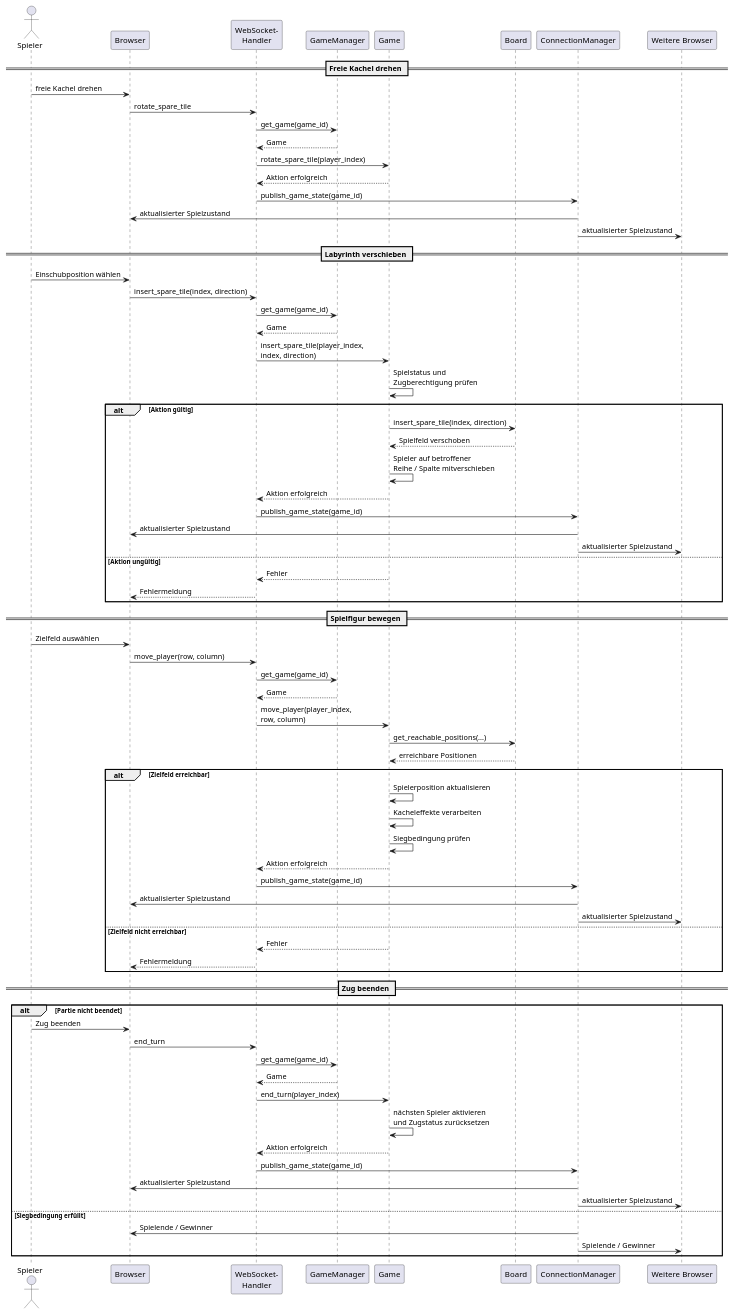
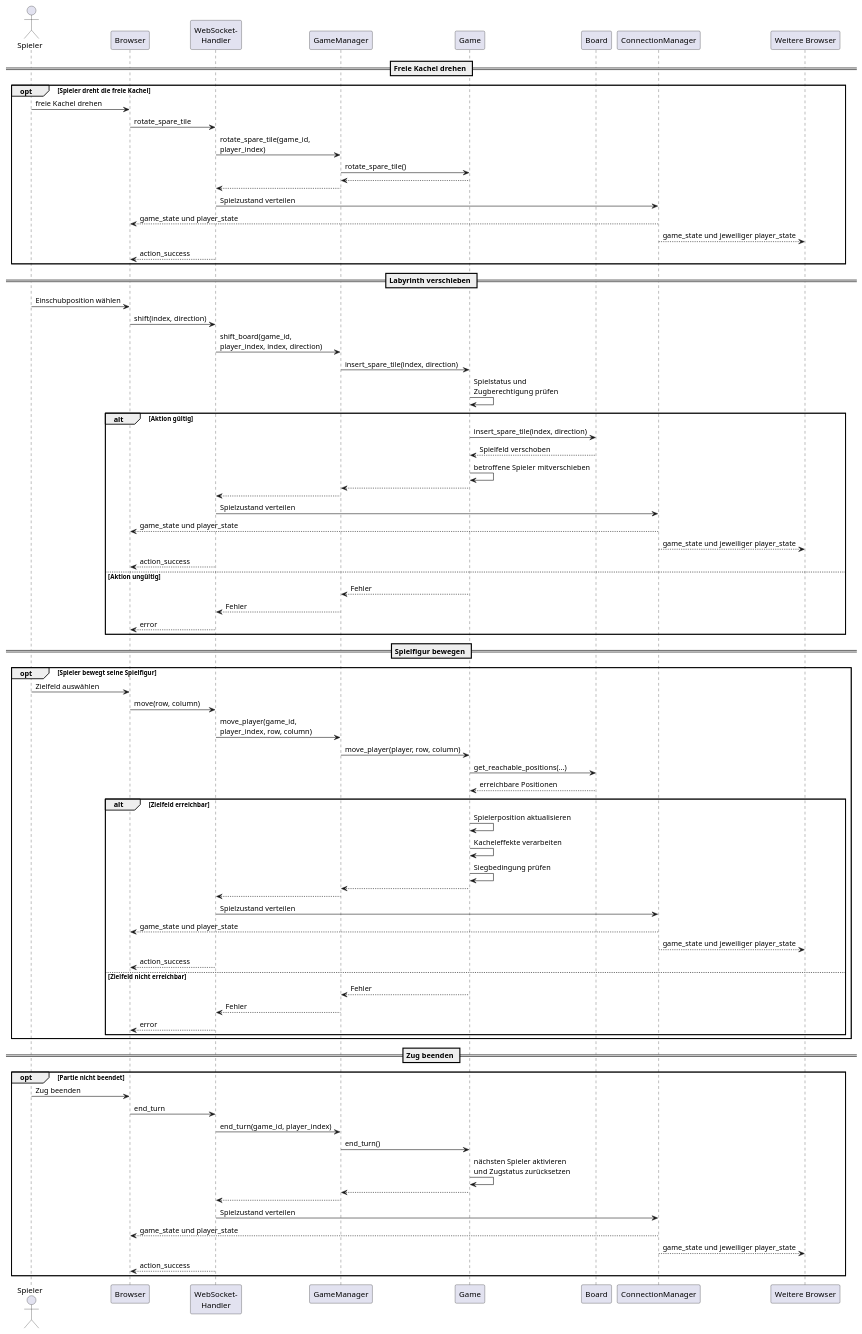
One commit to mysticmazejk/Mystic_Maze changed the diagram in docs/phase 2/diagramms/sequence_diagramm.puml. Above: the diagram before and after it, drawn with PlantUML. The commit also changed 59 other files, not shown here.

```diff
--- a/docs/phase 2/diagramms/sequence_diagramm.puml
+++ b/docs/phase 2/diagramms/sequence_diagramm.puml
@@ -1,107 +2,112 @@
 @startuml
 
 actor Spieler
 
 participant "Browser" as Browser
 participant "WebSocket-\nHandler" as WS
 participant "GameManager" as Manager
 participant "Game" as Game
 participant "Board" as Board
 participant "ConnectionManager" as Connections
 participant "Weitere Browser" as Others
 
 == Freie Kachel drehen ==
 
-Spieler -> Browser : freie Kachel drehen
-Browser -> WS : rotate_spare_tile
+opt Spieler dreht die freie Kachel
+    Spieler -> Browser : freie Kachel drehen
+    Browser -> WS : rotate_spare_tile
 
-WS -> Manager : get_game(game_id)
-Manager --> WS : Game
+    WS -> Manager : rotate_spare_tile(game_id,\nplayer_index)
+    Manager -> Game : rotate_spare_tile()
+    Game --> Manager
+    Manager --> WS
 
-WS -> Game : rotate_spare_tile(player_index)
-Game --> WS : Aktion erfolgreich
-
-WS -> Connections : publish_game_state(game_id)
-Connections -> Browser : aktualisierter Spielzustand
-Connections -> Others : aktualisierter Spielzustand
+    WS -> Connections : Spielzustand verteilen
+    Connections --> Browser : game_state und player_state
+    Connections --> Others : game_state und jeweiliger player_state
+    WS --> Browser : action_success
+end
 
 == Labyrinth verschieben ==
 
 Spieler -> Browser : Einschubposition wählen
-Browser -> WS : insert_spare_tile(index, direction)
+Browser -> WS : shift(index, direction)
 
-WS -> Manager : get_game(game_id)
-Manager --> WS : Game
-
-WS -> Game : insert_spare_tile(player_index,\nindex, direction)
+WS -> Manager : shift_board(game_id,\nplayer_index, index, direction)
+Manager -> Game : insert_spare_tile(index, direction)
 
 Game -> Game : Spielstatus und\nZugberechtigung prüfen
 
 alt Aktion gültig
     Game -> Board : insert_spare_tile(index, direction)
     Board --> Game : Spielfeld verschoben
 
-    Game -> Game : Spieler auf betroffener\nReihe / Spalte mitverschieben
+    Game -> Game : betroffene Spieler mitverschieben
 
-    Game --> WS : Aktion erfolgreich
+    Game --> Manager
+    Manager --> WS
 
-    WS -> Connections : publish_game_state(game_id)
-    Connections -> Browser : aktualisierter Spielzustand
-    Connections -> Others : aktualisierter Spielzustand
+    WS -> Connections : Spielzustand verteilen
+    Connections --> Browser : game_state und player_state
+    Connections --> Others : game_state und jeweiliger player_state
+    WS --> Browser : action_success
+
 else Aktion ungültig
-    Game --> WS : Fehler
-    WS --> Browser : Fehlermeldung
+    Game --> Manager : Fehler
+    Manager --> WS : Fehler
+    WS --> Browser : error
 end
 
 == Spielfigur bewegen ==
 
-Spieler -> Browser : Zielfeld auswählen
-Browser -> WS : move_player(row, column)
+opt Spieler bewegt seine Spielfigur
+    Spieler -> Browser : Zielfeld auswählen
+    Browser -> WS : move(row, column)
 
-WS -> Manager : get_game(game_id)
-Manager --> WS : Game
+    WS -> Manager : move_player(game_id,\nplayer_index, row, column)
+    Manager -> Game : move_player(player, row, column)
 
-WS -> Game : move_player(player_index,\nrow, column)
+    Game -> Board : get_reachable_positions(...)
+    Board --> Game : erreichbare Positionen
 
-Game -> Board : get_reachable_positions(...)
-Board --> Game : erreichbare Positionen
+    alt Zielfeld erreichbar
+        Game -> Game : Spielerposition aktualisieren
+        Game -> Game : Kacheleffekte verarbeiten
+        Game -> Game : Siegbedingung prüfen
 
-alt Zielfeld erreichbar
-    Game -> Game : Spielerposition aktualisieren
-    Game -> Game : Kacheleffekte verarbeiten
-    Game -> Game : Siegbedingung prüfen
+        Game --> Manager
+        Manager --> WS
 
-    Game --> WS : Aktion erfolgreich
+        WS -> Connections : Spielzustand verteilen
+        Connections --> Browser : game_state und player_state
+        Connections --> Others : game_state und jeweiliger player_state
+        WS --> Browser : action_success
 
-    WS -> Connections : publish_game_state(game_id)
-    Connections -> Browser : aktualisierter Spielzustand
-    Connections -> Others : aktualisierter Spielzustand
-
-else Zielfeld nicht erreichbar
-    Game --> WS : Fehler
-    WS --> Browser : Fehlermeldung
+    else Zielfeld nicht erreichbar
+        Game --> Manager : Fehler
+        Manager --> WS : Fehler
+        WS --> Browser : error
+    end
 end
 
 == Zug beenden ==
 
-alt Partie nicht beendet
+opt Partie nicht beendet
     Spieler -> Browser : Zug beenden
     Browser -> WS : end_turn
 
-    WS -> Manager : get_game(game_id)
-    Manager --> WS : Game
+    WS -> Manager : end_turn(game_id, player_index)
+    Manager -> Game : end_turn()
 
-    WS -> Game : end_turn(player_index)
     Game -> Game : nächsten Spieler aktivieren\nund Zugstatus zurücksetzen
 
-    Game --> WS : Aktion erfolgreich
+    Game --> Manager
+    Manager --> WS
 
-    WS -> Connections : publish_game_state(game_id)
-    Connections -> Browser : aktualisierter Spielzustand
-    Connections -> Others : aktualisierter Spielzustand
-else Siegbedingung erfüllt
-    Connections -> Browser : Spielende / Gewinner
-    Connections -> Others : Spielende / Gewinner
+    WS -> Connections : Spielzustand verteilen
+    Connections --> Browser : game_state und player_state
+    Connections --> Others : game_state und jeweiliger player_state
+    WS --> Browser : action_success
 end
 
 @enduml
```
